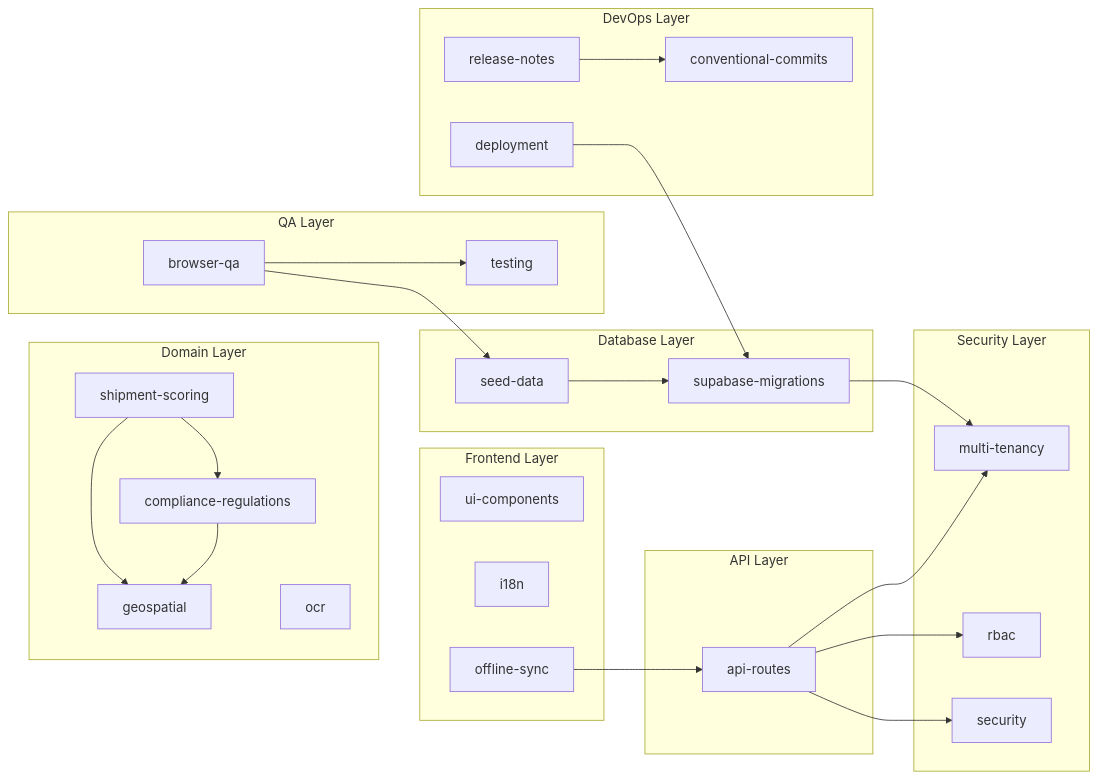
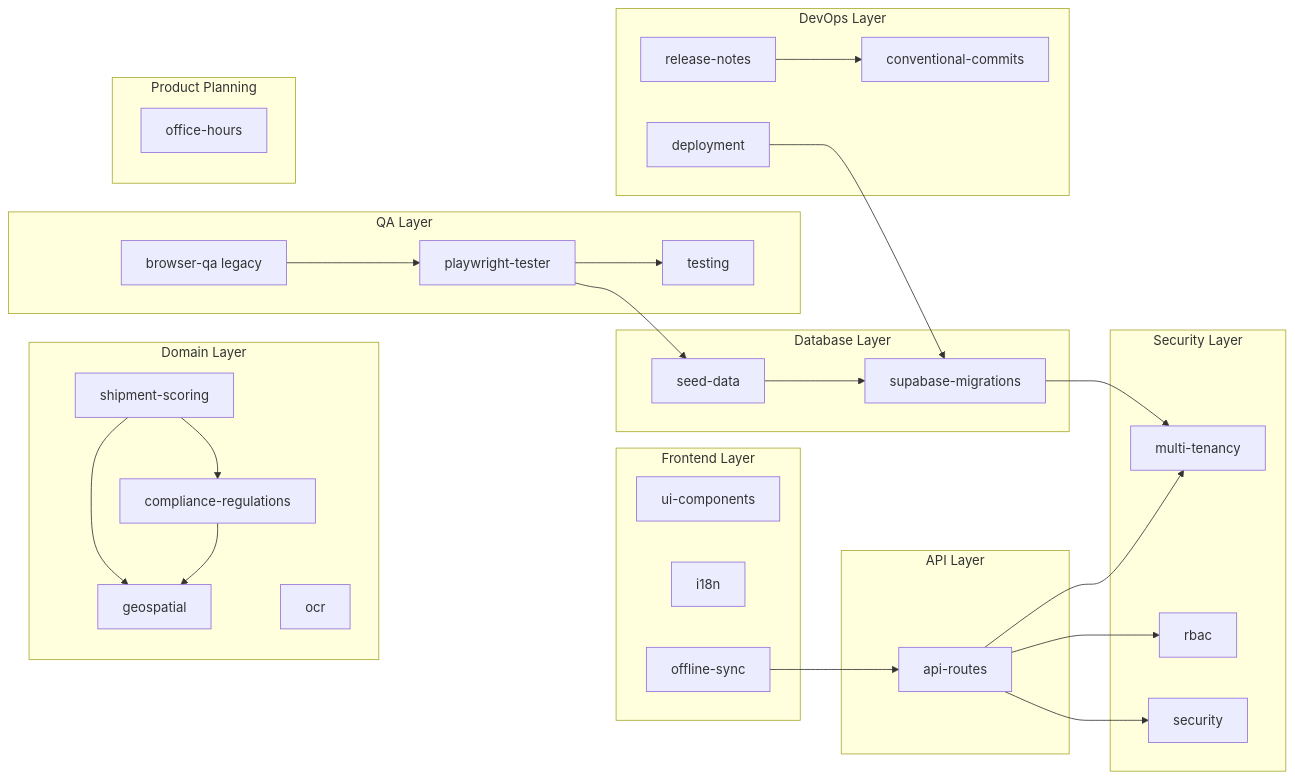
One commit to FARMWISE-WHITERABBIT/OriginTrace changed the diagram in agents.md. Above: the diagram before and after it, drawn with Mermaid. The commit also changed other lines of this file and 4 other files, not shown here.

````diff
--- a/agents.md
+++ b/agents.md
@@ -58,55 +60,61 @@
 ```mermaid
 graph LR
   subgraph Security Layer
     MT[multi-tenancy]
     RBAC[rbac]
     SEC[security]
   end
 
   subgraph Database Layer
     MIG[supabase-migrations]
     SEED[seed-data]
   end
 
   subgraph Domain Layer
     COMP[compliance-regulations]
     SCORE[shipment-scoring]
     GEO[geospatial]
     OCR_S[ocr]
   end
 
   subgraph API Layer
     API[api-routes]
   end
 
   subgraph Frontend Layer
     UI[ui-components]
     I18N[i18n]
     SYNC[offline-sync]
   end
 
   subgraph QA Layer
-    BQA[browser-qa]
+    PWT[playwright-tester]
+    BQA[browser-qa legacy]
     TEST[testing]
   end
 
   subgraph DevOps Layer
     CC[conventional-commits]
     DEP[deployment]
     RN[release-notes]
   end
 
+  subgraph Product Planning
+    OH[office-hours]
+  end
+
   API --> MT
   API --> RBAC
   API --> SEC
   SCORE --> COMP
   SCORE --> GEO
   COMP --> GEO
-  BQA --> TEST
-  BQA --> SEED
+  PWT --> TEST
+  PWT --> SEED
+  BQA --> PWT
   RN --> CC
   MIG --> MT
   SEED --> MIG
   DEP --> MIG
   SYNC --> API
 ```
````
